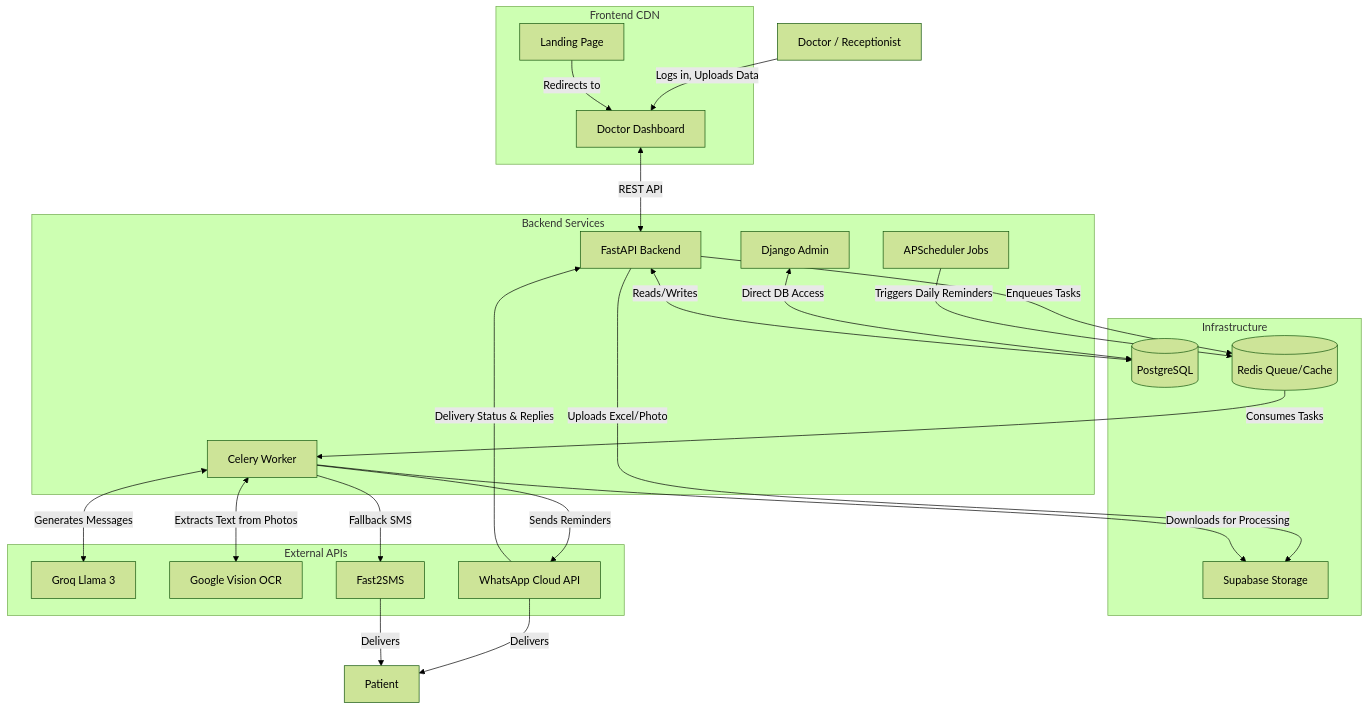
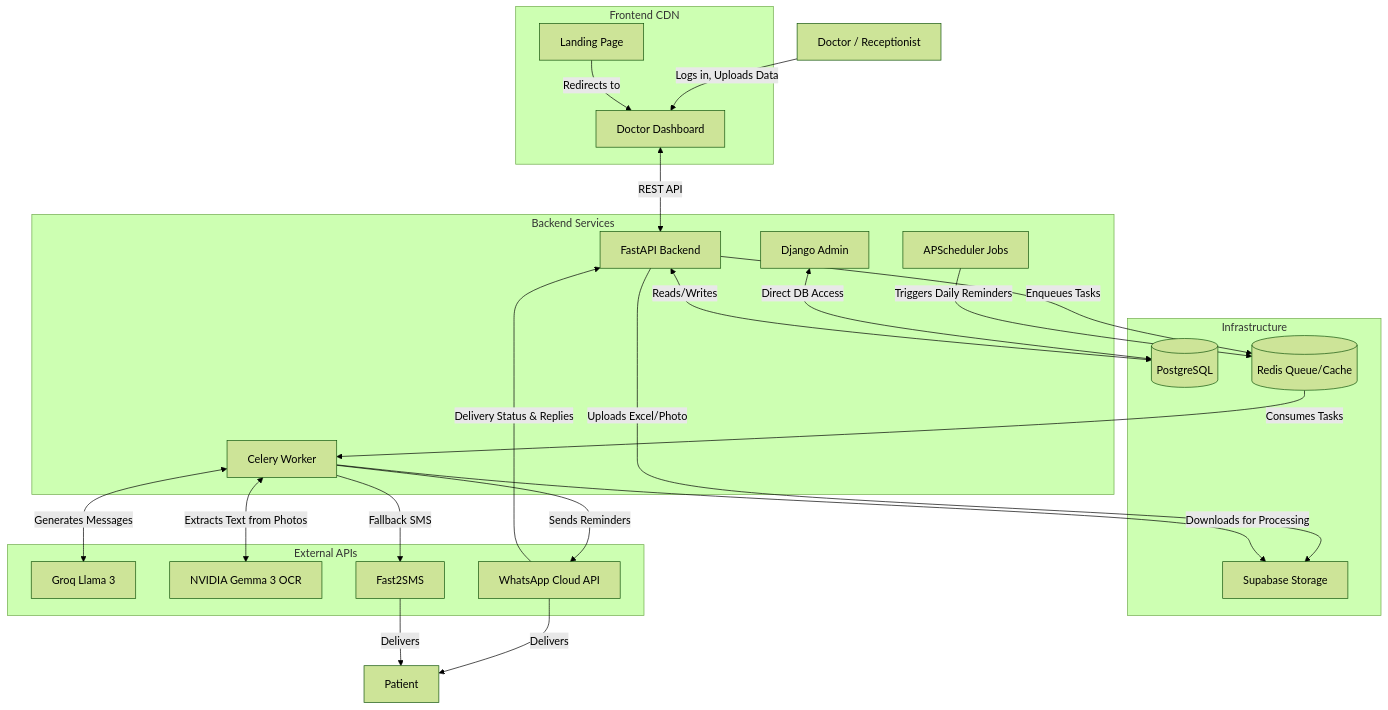
One commit to Sayandip05/careremind changed the diagram in README.md. Above: the diagram before and after it, drawn with Mermaid (forest theme). The commit also changed other lines of this file and 2 other files, not shown here.

````diff
--- a/README.md
+++ b/README.md
@@ -135,64 +135,64 @@
 ```mermaid
 graph TD
     %% Actors
     Doc[Doctor / Receptionist]
     Patient[Patient]
 
     %% Frontends
     subgraph Frontend CDN
         Land[Landing Page]
         Dash[Doctor Dashboard]
     end
 
     %% Backend Services
     subgraph Backend Services
         API[FastAPI Backend]
         Worker[Celery Worker]
         Cron[APScheduler Jobs]
         Admin[Django Admin]
     end
 
     %% Storage & Queue
     subgraph Infrastructure
         PG[(PostgreSQL)]
         Redis[(Redis Queue/Cache)]
         Store[Supabase Storage]
     end
 
     %% External APIs
     subgraph External APIs
         Groq[Groq Llama 3]
-        Vision[Google Vision OCR]
+        Vision[NVIDIA Gemma 3 OCR]
         Meta[WhatsApp Cloud API]
         SMS[Fast2SMS]
     end
 
     %% Connections - Frontend
     Doc -->|Logs in, Uploads Data| Dash
     Land -->|Redirects to| Dash
     Dash <-->|REST API| API
     Admin <-->|Direct DB Access| PG
 
     %% Connections - Core Logic
     API <-->|Reads/Writes| PG
     API -->|Enqueues Tasks| Redis
     Redis -->|Consumes Tasks| Worker
     Cron -->|Triggers Daily Reminders| Redis
 
     %% Connections - Storage
     API -->|Uploads Excel/Photo| Store
     Worker -->|Downloads for Processing| Store
 
     %% Connections - AI
     Worker <-->|Generates Messages| Groq
     Worker <-->|Extracts Text from Photos| Vision
 
     %% Connections - Delivery
     Worker -->|Sends Reminders| Meta
     Worker -->|Fallback SMS| SMS
     Meta -->|Delivers| Patient
     SMS -->|Delivers| Patient
 
     %% Webhooks
     Meta -->|Delivery Status & Replies| API
 ```
````
